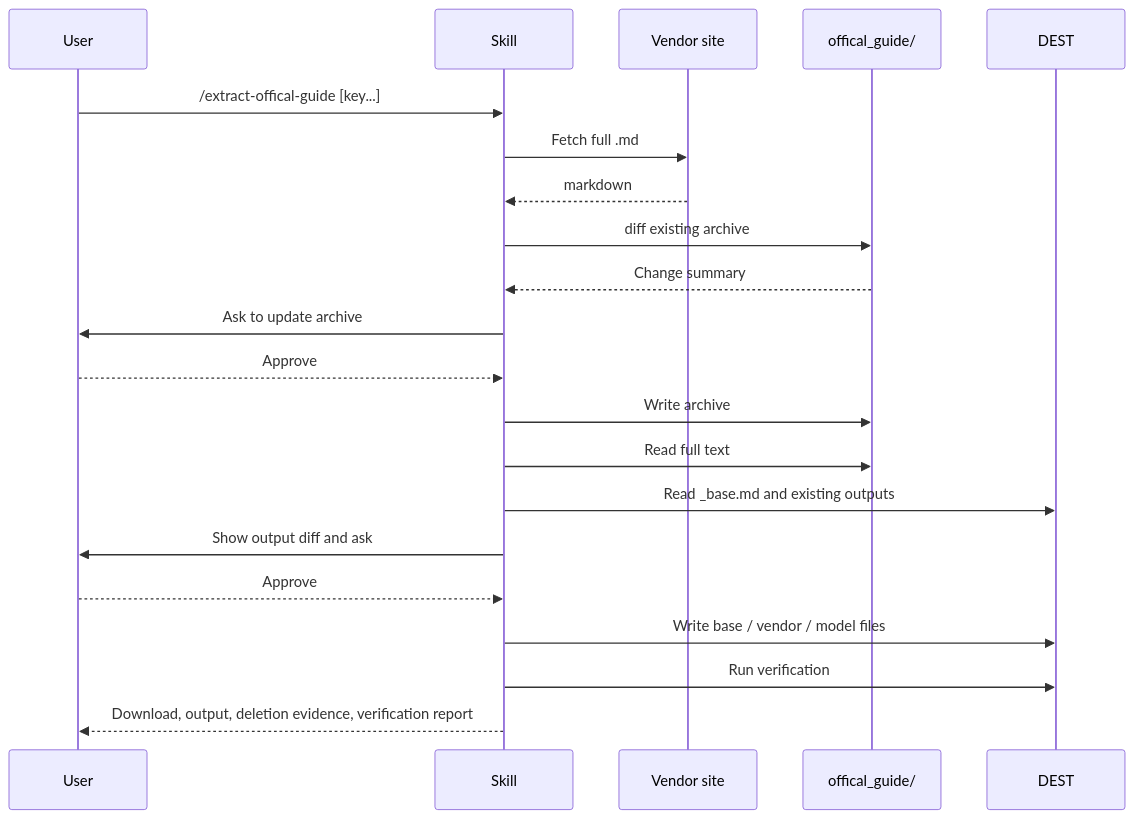
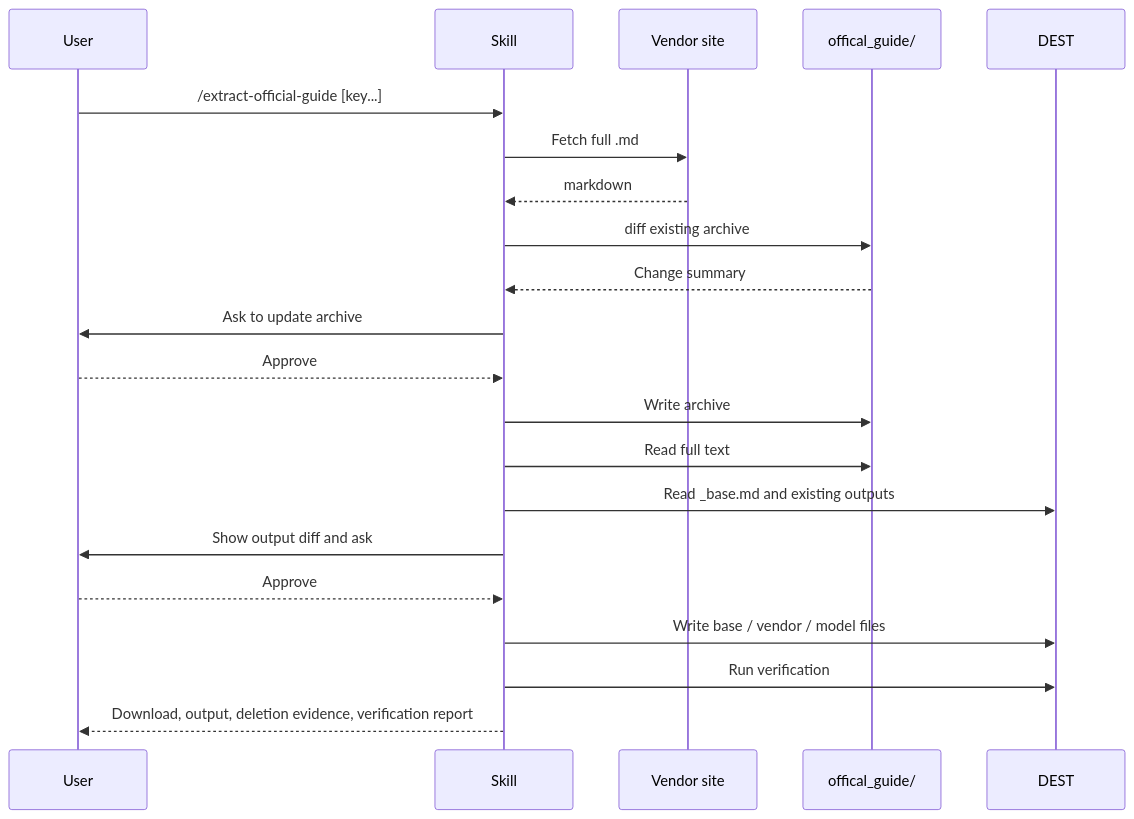
Before and after one commit to agenvoy/skill-extract-offical-guide: the seventh of 8 diagrams in doc/architecture.md, drawn with Mermaid. The commit also changed other lines of this file and 6 other files, not shown here.

Commit message:
breaking: Rename skill to extract-official-guide and move repo to agenvoy

````diff
--- a/doc/architecture.md
+++ b/doc/architecture.md
@@ -125,23 +125,23 @@
 ```mermaid
 sequenceDiagram
     participant U as User
     participant S as Skill
     participant W as Vendor site
     participant A as offical_guide/
     participant D as DEST
-    U->>S: /extract-offical-guide [key...]
+    U->>S: /extract-official-guide [key...]
     S->>W: Fetch full .md
     W-->>S: markdown
     S->>A: diff existing archive
     A-->>S: Change summary
     S->>U: Ask to update archive
     U-->>S: Approve
     S->>A: Write archive
     S->>A: Read full text
     S->>D: Read _base.md and existing outputs
     S->>U: Show output diff and ask
     U-->>S: Approve
     S->>D: Write base / vendor / model files
     S->>D: Run verification
     S-->>U: Download, output, deletion evidence, verification report
 ```
````
